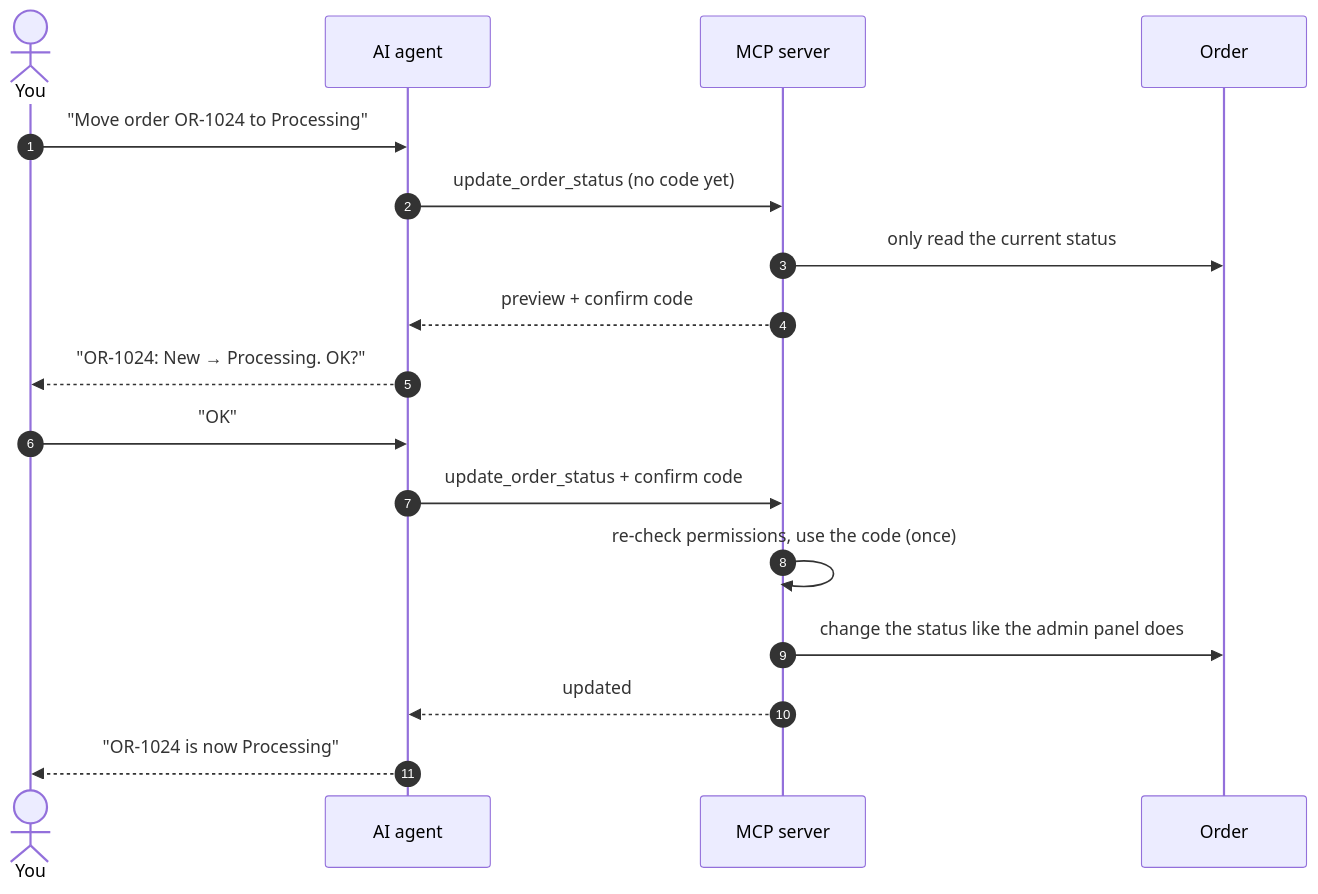
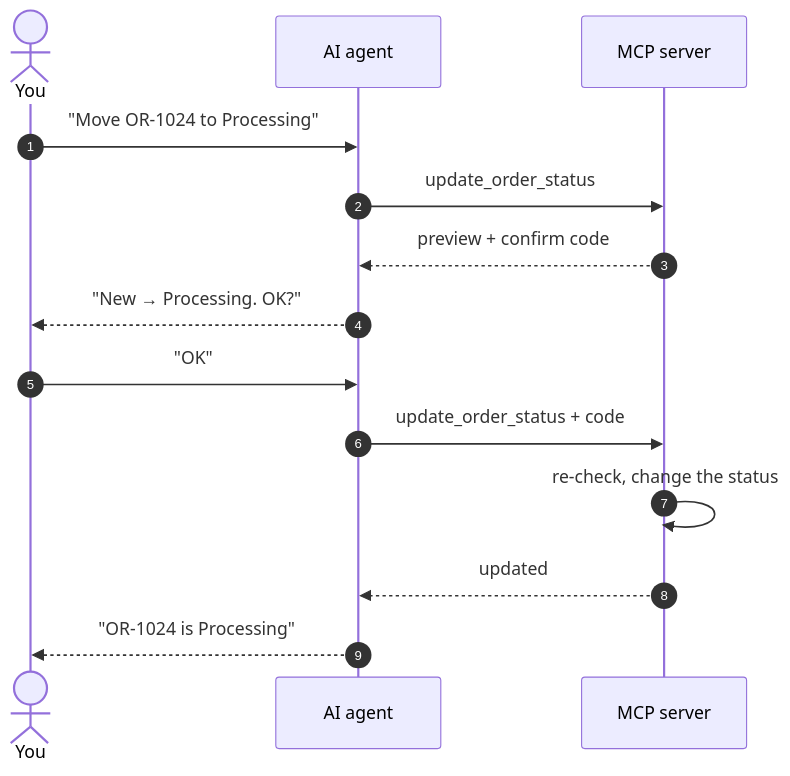
The second of 2 diagrams in mcp/mcp-tools.md (gp247net/gp247-docs), drawn with Mermaid before and after one commit. The commit also changed other lines of this file and 44 other files, not shown here.

First line of the commit message:
docs: redraw oversized diagrams in security, API and MCP docs (vi/en/ja)

````diff
--- a/mcp/mcp-tools.md
+++ b/mcp/mcp-tools.md
@@ -187,19 +187,16 @@
 ```mermaid
 sequenceDiagram
     autonumber
     actor U as You
     participant A as AI agent
     participant M as MCP server
-    participant O as Order
-    U->>A: "Move order OR-1024 to Processing"
-    A->>M: update_order_status (no code yet)
-    M->>O: only read the current status
+    U->>A: "Move OR-1024 to Processing"
+    A->>M: update_order_status
     M-->>A: preview + confirm code
-    A-->>U: "OR-1024: New → Processing. OK?"
+    A-->>U: "New → Processing. OK?"
     U->>A: "OK"
-    A->>M: update_order_status + confirm code
-    M->>M: re-check permissions, use the code (once)
-    M->>O: change the status like the admin panel does
+    A->>M: update_order_status + code
+    M->>M: re-check, change the status
     M-->>A: updated
-    A-->>U: "OR-1024 is now Processing"
+    A-->>U: "OR-1024 is Processing"
 ```
````
